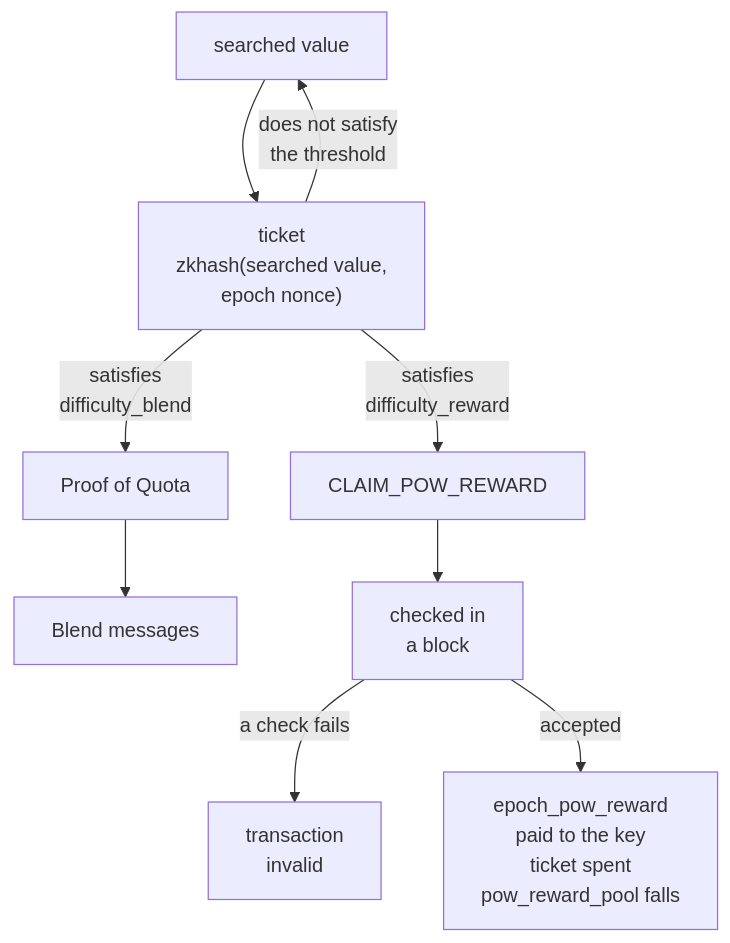
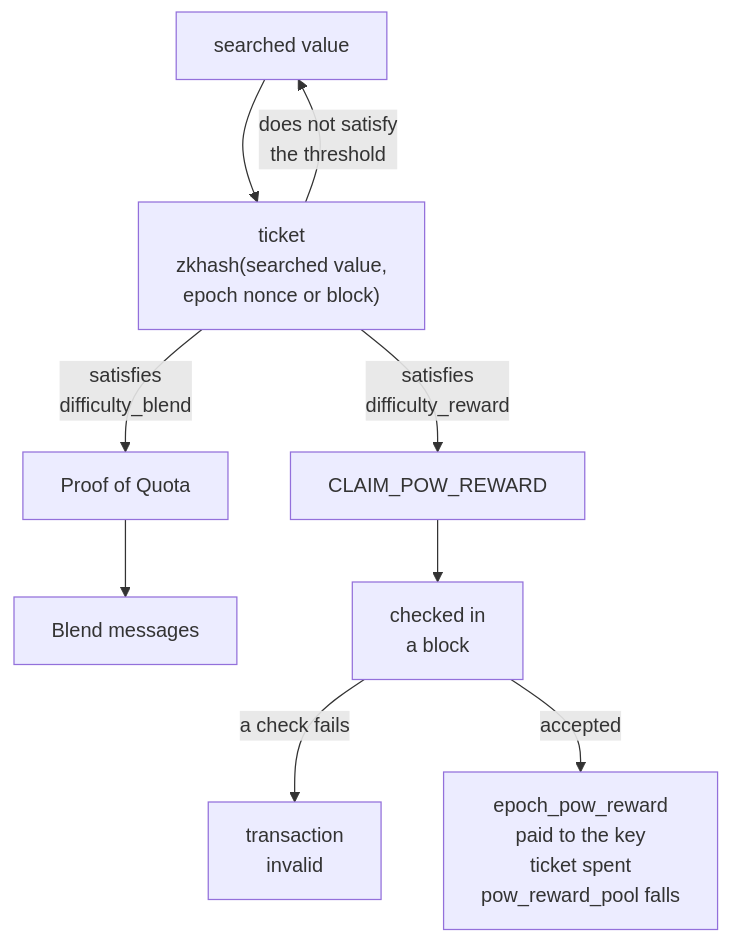
The fourth of 4 diagrams in docs/blockchain/raw/proof-of-work.md (logos-co/logos-lips), drawn with Mermaid before and after one commit. The commit also changed other lines of this file and 10 other files, not shown here.

````diff
--- a/docs/blockchain/raw/proof-of-work.md
+++ b/docs/blockchain/raw/proof-of-work.md
@@ -85,13 +85,13 @@
 ```mermaid
 graph TB
-    sv["searched value"] --> tk["ticket<br/>zkhash(searched value,<br/>epoch nonce)"]
+    sv["searched value"] --> tk["ticket<br/>zkhash(searched value,<br/>epoch nonce or block)"]
     tk -- "does not satisfy<br/>the threshold" --> sv
 
     tk -- "satisfies<br/>difficulty_blend" --> pq["Proof of Quota"]
     pq --> bm["Blend messages"]
 
     tk -- "satisfies<br/>difficulty_reward" --> cl["CLAIM_POW_REWARD"]
     cl --> vc["checked in<br/>a block"]
     vc -- "a check fails" --> iv["transaction<br/>invalid"]
     vc -- "accepted" --> ac["epoch_pow_reward<br/>paid to the key<br/>ticket spent<br/>pow_reward_pool falls"]
 ```
````
